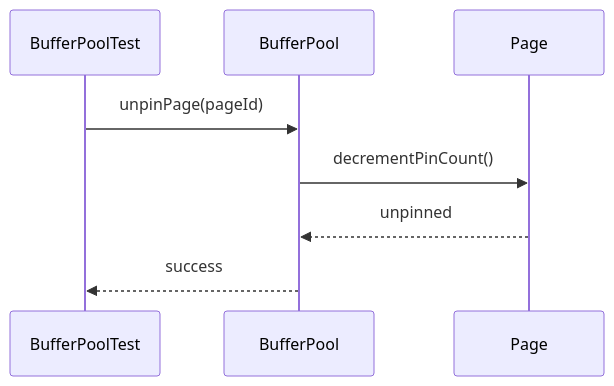
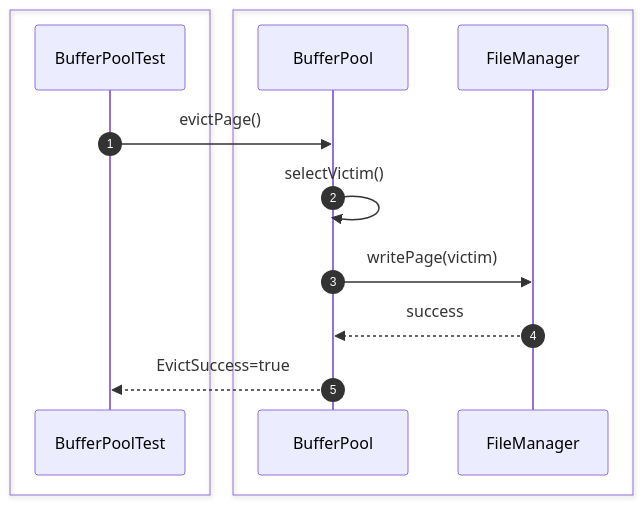
One commit to Huy1801214/dbms-architecture changed the sixth of 52 diagrams in src/sequence/storage-engine.md. Above: the diagram before and after it, drawn with Mermaid. The commit also changed other lines of this file and 10 other files, not shown here.

Commit message:
add comprehensive sequence diagrams and documentation for system architecture and unit testing specifications

````diff
--- a/src/sequence/storage-engine.md
+++ b/src/sequence/storage-engine.md
@@ -106,14 +96,18 @@
 ```mermaid
 sequenceDiagram
+    autonumber
+
+    box #e1f5fe Test Suite
     participant Test as BufferPoolTest
+    end
+    box #e0f2f1 Storage Components
     participant Buffer as BufferPool
-    participant Page
+    participant FileManager as FileManager
+    end
 
-    Test->>Buffer: unpinPage(pageId)
-
-    Buffer->>Page: decrementPinCount()
-
-    Page-->>Buffer: unpinned
-
-    Buffer-->>Test: success
+    Test->>Buffer: evictPage()
+    Buffer->>Buffer: selectVictim()
+    Buffer->>FileManager: writePage(victim)
+    FileManager-->>Buffer: success
+    Buffer-->>Test: EvictSuccess=true
 ```
````
